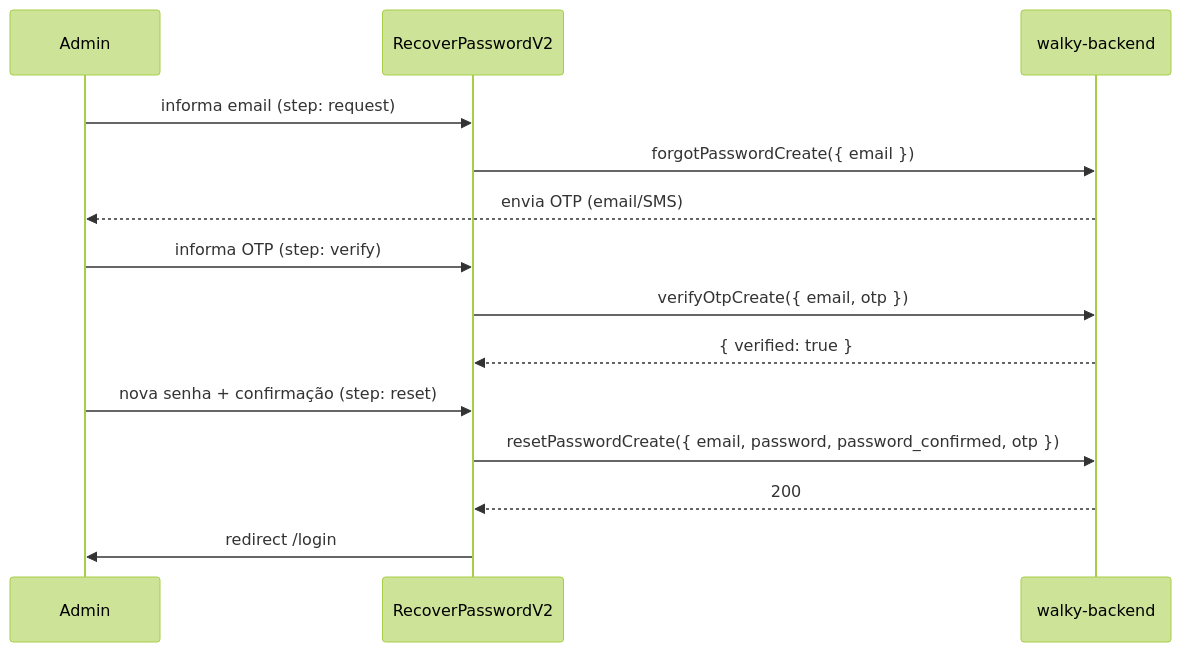
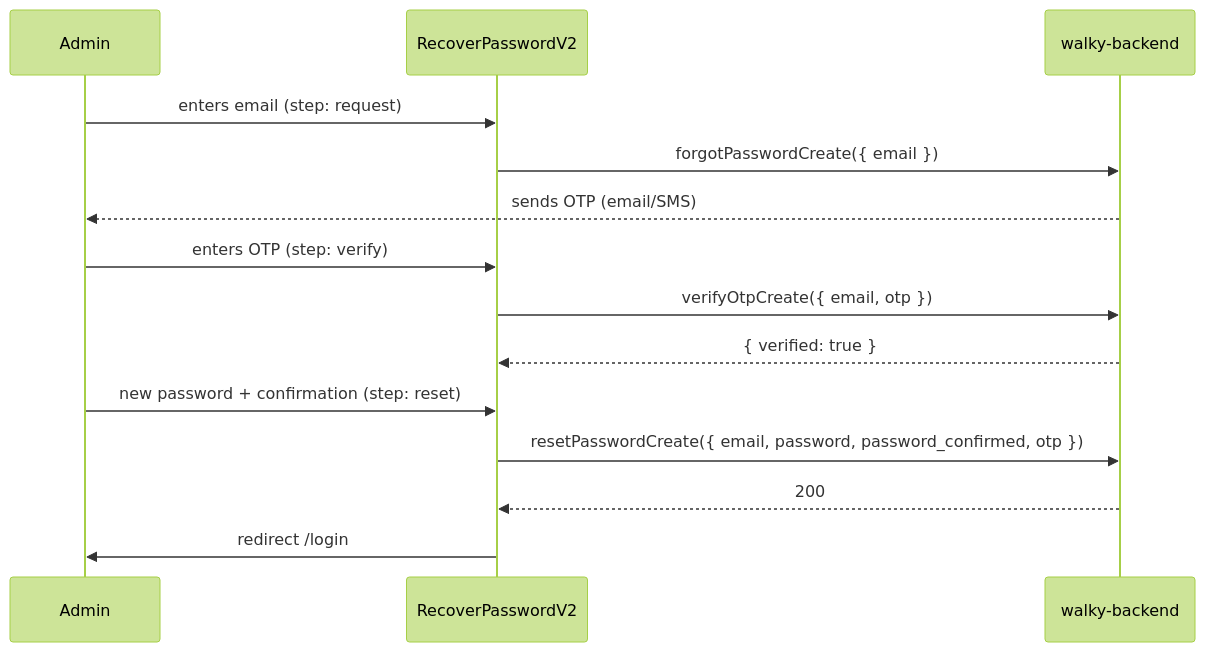
The fourth of 15 diagrams in docs/workflows.md (Walky-App/walky-admin), drawn with Mermaid (forest theme) before and after one commit. The commit also changed other lines of this file and 12 other files, not shown here.

````diff
--- a/docs/workflows.md
+++ b/docs/workflows.md
@@ -196,17 +196,17 @@
 ```mermaid
 sequenceDiagram
     participant U as Admin
     participant R as RecoverPasswordV2
     participant BE as walky-backend
 
-    U->>R: informa email (step: request)
+    U->>R: enters email (step: request)
     R->>BE: forgotPasswordCreate({ email })
-    BE-->>U: envia OTP (email/SMS)
-    U->>R: informa OTP (step: verify)
+    BE-->>U: sends OTP (email/SMS)
+    U->>R: enters OTP (step: verify)
     R->>BE: verifyOtpCreate({ email, otp })
     BE-->>R: { verified: true }
-    U->>R: nova senha + confirmação (step: reset)
+    U->>R: new password + confirmation (step: reset)
     R->>BE: resetPasswordCreate({ email, password, password_confirmed, otp })
     BE-->>R: 200
     R->>U: redirect /login
 ```
````
